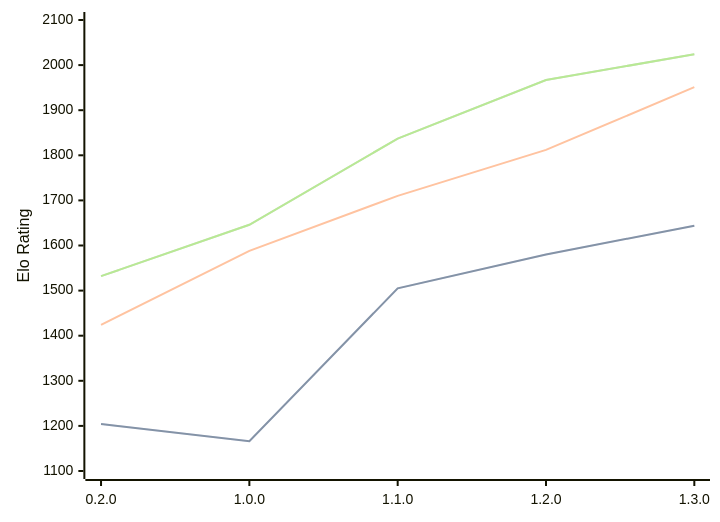
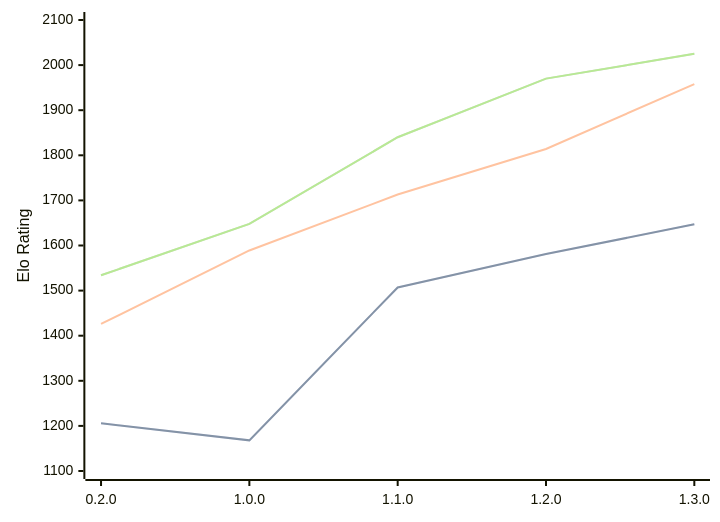
The diagram in engines/Zeppelin.md (computer-chess-index/cci), drawn with Mermaid before and after one commit. The commit also changed other lines of this file, not shown here.

Commit message:
Update CCI Ratings (ELO VLTC) - 2026-03-14

````diff
--- a/engines/Zeppelin.md
+++ b/engines/Zeppelin.md
@@ -35,11 +35,11 @@
 ```mermaid
 %%{init: {"theme":"base","themeVariables":{"seriesColors:['#a3a3a3','#222221','#faa371']}}}%%
 xychart-beta
   x-axis ["0.2.0", "1.0.0", "1.1.0", "1.2.0", "1.3.0"]
   y-axis "Elo Rating" 1100 --> 2100
-  line "STC (8.0+0.08s)" [1204, 1166, 1505, 1580, 1644]
-  line "STC (8.0+0.08s)" [1204, 1166, 1505, 1580, 1644]
-  line "LTC (60.0+0.60s)" [1424, 1588, 1710, 1812, 1951]
-  line "VLTC (2m24s+1.12s)" [1532, 1646, 1837, 1967, 2024]
-  line "VLTC (2m24s+1.12s)" [1532, 1646, 1837, 1967, 2024]
+  line "STC (8.0+0.08s)" [1206, 1168, 1507, 1581, 1647]
+  line "STC (8.0+0.08s)" [1206, 1168, 1507, 1581, 1647]
+  line "LTC (60.0+0.60s)" [1426, 1589, 1713, 1814, 1958]
+  line "VLTC (2m24s+1.12s)" [1534, 1648, 1840, 1970, 2025]
+  line "VLTC (2m24s+1.12s)" [1534, 1648, 1840, 1970, 2025]
 ```
````
